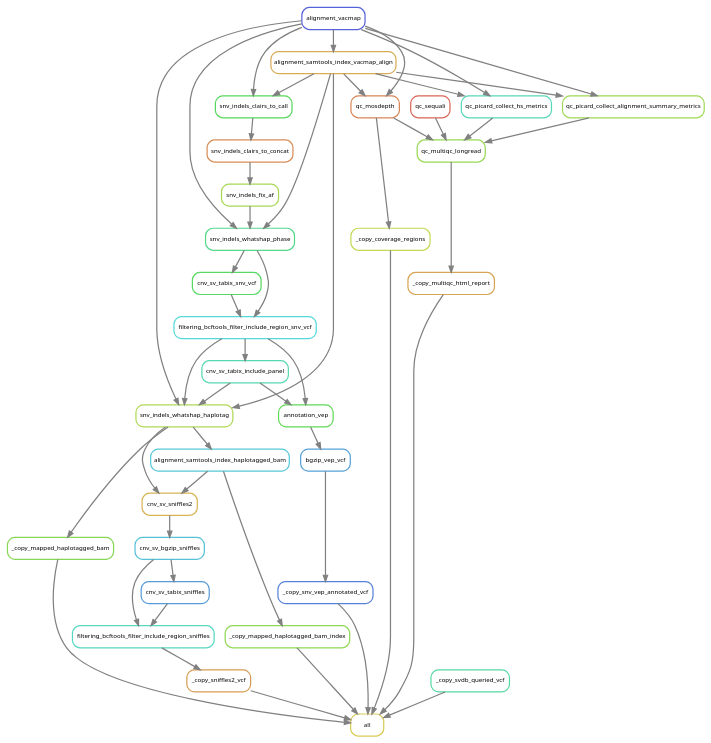
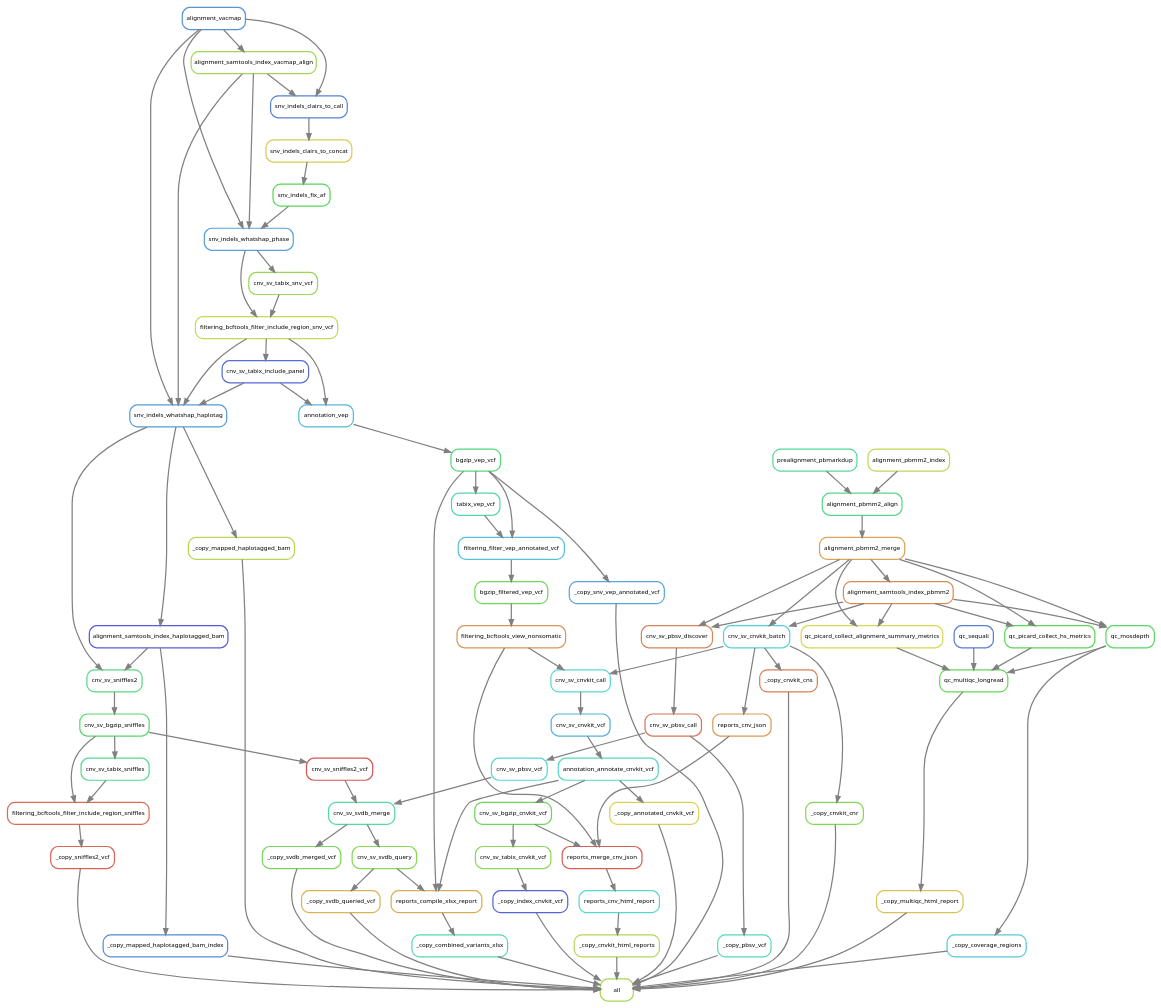
Before and after one commit to clinical-genomics-uppsala/TwiMM: the diagram in images/rulegraph_clairs.dot, drawn with Graphviz. The commit also changed 3 other files, not shown here.

```diff
--- a/images/rulegraph_clairs.dot
+++ b/images/rulegraph_clairs.dot
@@ -1,84 +1,167 @@
 digraph snakemake_dag {
     graph[bgcolor=white, margin=0];
     node[shape=box, style=rounded, fontname=sans,                 fontsize=10, penwidth=2];
     edge[penwidth=2, color=grey];
-	0[label = "all", color = "0.15 0.6 0.85", style="rounded"];
-	1[label = "_copy_snv_vep_annotated_vcf", color = "0.61 0.6 0.85", style="rounded"];
-	2[label = "bgzip_vep_vcf", color = "0.57 0.6 0.85", style="rounded"];
-	3[label = "annotation_vep", color = "0.32 0.6 0.85", style="rounded"];
-	4[label = "cnv_sv_tabix_include_panel", color = "0.45 0.6 0.85", style="rounded"];
-	5[label = "filtering_bcftools_filter_include_region_snv_vcf", color = "0.50 0.6 0.85", style="rounded"];
-	6[label = "snv_indels_whatshap_phase", color = "0.40 0.6 0.85", style="rounded"];
-	7[label = "snv_indels_fix_af", color = "0.23 0.6 0.85", style="rounded"];
-	8[label = "snv_indels_clairs_to_concat", color = "0.07 0.6 0.85", style="rounded"];
-	9[label = "snv_indels_clairs_to_call", color = "0.34 0.6 0.85", style="rounded"];
-	10[label = "alignment_vacmap", color = "0.65 0.6 0.85", style="rounded"];
-	11[label = "alignment_samtools_index_vacmap_align", color = "0.11 0.6 0.85", style="rounded"];
-	12[label = "cnv_sv_tabix_snv_vcf", color = "0.35 0.6 0.85", style="rounded"];
-	13[label = "_copy_sniffles2_vcf", color = "0.09 0.6 0.85", style="rounded"];
-	14[label = "filtering_bcftools_filter_include_region_sniffles", color = "0.47 0.6 0.85", style="rounded"];
-	15[label = "cnv_sv_bgzip_sniffles", color = "0.53 0.6 0.85", style="rounded"];
-	16[label = "cnv_sv_sniffles2", color = "0.12 0.6 0.85", style="rounded"];
-	17[label = "snv_indels_whatshap_haplotag", color = "0.22 0.6 0.85", style="rounded"];
-	18[label = "alignment_samtools_index_haplotagged_bam", color = "0.52 0.6 0.85", style="rounded"];
-	19[label = "cnv_sv_tabix_sniffles", color = "0.58 0.6 0.85", style="rounded"];
-	20[label = "_copy_mapped_haplotagged_bam", color = "0.27 0.6 0.85", style="rounded"];
-	21[label = "_copy_mapped_haplotagged_bam_index", color = "0.26 0.6 0.85", style="rounded"];
-	22[label = "_copy_multiqc_html_report", color = "0.10 0.6 0.85", style="rounded"];
-	23[label = "qc_multiqc_longread", color = "0.25 0.6 0.85", style="rounded"];
-	24[label = "qc_mosdepth", color = "0.06 0.6 0.85", style="rounded"];
-	25[label = "qc_sequali", color = "0.02 0.6 0.85", style="rounded"];
-	26[label = "qc_picard_collect_hs_metrics", color = "0.46 0.6 0.85", style="rounded"];
-	27[label = "qc_picard_collect_alignment_summary_metrics", color = "0.24 0.6 0.85", style="rounded"];
-	28[label = "_copy_coverage_regions", color = "0.19 0.6 0.85", style="rounded"];
-	29[label = "_copy_svdb_queried_vcf", color = "0.43 0.6 0.85", style="rounded"];
-	28 -> 0
+	0[label = "all", color = "0.23 0.6 0.85", style="rounded"];
+	1[label = "_copy_snv_vep_annotated_vcf", color = "0.56 0.6 0.85", style="rounded"];
+	2[label = "bgzip_vep_vcf", color = "0.38 0.6 0.85", style="rounded"];
+	3[label = "annotation_vep", color = "0.54 0.6 0.85", style="rounded"];
+	4[label = "cnv_sv_tabix_include_panel", color = "0.64 0.6 0.85", style="rounded"];
+	5[label = "filtering_bcftools_filter_include_region_snv_vcf", color = "0.19 0.6 0.85", style="rounded"];
+	6[label = "snv_indels_whatshap_phase", color = "0.57 0.6 0.85", style="rounded"];
+	7[label = "snv_indels_fix_af", color = "0.34 0.6 0.85", style="rounded"];
+	8[label = "snv_indels_clairs_to_concat", color = "0.15 0.6 0.85", style="rounded"];
+	9[label = "snv_indels_clairs_to_call", color = "0.61 0.6 0.85", style="rounded"];
+	10[label = "alignment_vacmap", color = "0.59 0.6 0.85", style="rounded"];
+	11[label = "alignment_samtools_index_vacmap_align", color = "0.24 0.6 0.85", style="rounded"];
+	12[label = "cnv_sv_tabix_snv_vcf", color = "0.25 0.6 0.85", style="rounded"];
+	13[label = "_copy_sniffles2_vcf", color = "0.02 0.6 0.85", style="rounded"];
+	14[label = "filtering_bcftools_filter_include_region_sniffles", color = "0.03 0.6 0.85", style="rounded"];
+	15[label = "cnv_sv_bgzip_sniffles", color = "0.36 0.6 0.85", style="rounded"];
+	16[label = "cnv_sv_sniffles2", color = "0.39 0.6 0.85", style="rounded"];
+	17[label = "snv_indels_whatshap_haplotag", color = "0.58 0.6 0.85", style="rounded"];
+	18[label = "alignment_samtools_index_haplotagged_bam", color = "0.66 0.6 0.85", style="rounded"];
+	19[label = "cnv_sv_tabix_sniffles", color = "0.41 0.6 0.85", style="rounded"];
+	20[label = "_copy_cnvkit_html_reports", color = "0.22 0.6 0.85", style="rounded"];
+	21[label = "reports_cnv_html_report", color = "0.48 0.6 0.85", style="rounded"];
+	22[label = "reports_merge_cnv_json", color = "0.01 0.6 0.85", style="rounded"];
+	23[label = "reports_cnv_json", color = "0.09 0.6 0.85", style="rounded"];
+	24[label = "cnv_sv_cnvkit_batch", color = "0.51 0.6 0.85", style="rounded"];
+	25[label = "alignment_pbmm2_merge", color = "0.10 0.6 0.85", style="rounded"];
+	26[label = "alignment_pbmm2_align", color = "0.40 0.6 0.85", style="rounded"];
+	27[label = "prealignment_pbmarkdup", color = "0.42 0.6 0.85", style="rounded"];
+	28[label = "alignment_pbmm2_index", color = "0.20 0.6 0.85", style="rounded"];
+	29[label = "alignment_samtools_index_pbmm2", color = "0.07 0.6 0.85", style="rounded"];
+	30[label = "filtering_bcftools_view_nonsomatic", color = "0.08 0.6 0.85", style="rounded"];
+	31[label = "bgzip_filtered_vep_vcf", color = "0.30 0.6 0.85", style="rounded"];
+	32[label = "filtering_filter_vep_annotated_vcf", color = "0.53 0.6 0.85", style="rounded"];
+	33[label = "tabix_vep_vcf", color = "0.44 0.6 0.85", style="rounded"];
+	34[label = "cnv_sv_bgzip_cnvkit_vcf", color = "0.31 0.6 0.85", style="rounded"];
+	35[label = "annotation_annotate_cnvkit_vcf", color = "0.47 0.6 0.85", style="rounded"];
+	36[label = "cnv_sv_cnvkit_vcf", color = "0.55 0.6 0.85", style="rounded"];
+	37[label = "cnv_sv_cnvkit_call", color = "0.49 0.6 0.85", style="rounded"];
+	38[label = "_copy_mapped_haplotagged_bam", color = "0.21 0.6 0.85", style="rounded"];
+	39[label = "_copy_mapped_haplotagged_bam_index", color = "0.60 0.6 0.85", style="rounded"];
+	40[label = "_copy_annotated_cnvkit_vcf", color = "0.16 0.6 0.85", style="rounded"];
+	41[label = "_copy_index_cnvkit_vcf", color = "0.65 0.6 0.85", style="rounded"];
+	42[label = "cnv_sv_tabix_cnvkit_vcf", color = "0.26 0.6 0.85", style="rounded"];
+	43[label = "_copy_cnvkit_cnr", color = "0.28 0.6 0.85", style="rounded"];
+	44[label = "_copy_cnvkit_cns", color = "0.05 0.6 0.85", style="rounded"];
+	45[label = "_copy_combined_variants_xlsx", color = "0.45 0.6 0.85", style="rounded"];
+	46[label = "reports_compile_xlsx_report", color = "0.11 0.6 0.85", style="rounded"];
+	47[label = "cnv_sv_svdb_query", color = "0.27 0.6 0.85", style="rounded"];
+	48[label = "cnv_sv_svdb_merge", color = "0.43 0.6 0.85", style="rounded"];
+	49[label = "cnv_sv_pbsv_vcf", color = "0.50 0.6 0.85", style="rounded"];
+	50[label = "cnv_sv_pbsv_call", color = "0.04 0.6 0.85", style="rounded"];
+	51[label = "cnv_sv_pbsv_discover", color = "0.06 0.6 0.85", style="rounded"];
+	52[label = "cnv_sv_sniffles2_vcf", color = "0.00 0.6 0.85", style="rounded"];
+	53[label = "_copy_multiqc_html_report", color = "0.14 0.6 0.85", style="rounded"];
+	54[label = "qc_multiqc_longread", color = "0.32 0.6 0.85", style="rounded"];
+	55[label = "qc_mosdepth", color = "0.35 0.6 0.85", style="rounded"];
+	56[label = "qc_sequali", color = "0.62 0.6 0.85", style="rounded"];
+	57[label = "qc_picard_collect_hs_metrics", color = "0.33 0.6 0.85", style="rounded"];
+	58[label = "qc_picard_collect_alignment_summary_metrics", color = "0.17 0.6 0.85", style="rounded"];
+	59[label = "_copy_coverage_regions", color = "0.52 0.6 0.85", style="rounded"];
+	60[label = "_copy_pbsv_vcf", color = "0.46 0.6 0.85", style="rounded"];
+	61[label = "_copy_svdb_merged_vcf", color = "0.29 0.6 0.85", style="rounded"];
+	62[label = "_copy_svdb_queried_vcf", color = "0.12 0.6 0.85", style="rounded"];
+	40 -> 0
+	1 -> 0
+	38 -> 0
+	20 -> 0
 	13 -> 0
-	22 -> 0
-	1 -> 0
-	21 -> 0
-	20 -> 0
-	29 -> 0
+	62 -> 0
+	45 -> 0
+	43 -> 0
+	61 -> 0
+	60 -> 0
+	39 -> 0
+	44 -> 0
+	53 -> 0
+	59 -> 0
+	41 -> 0
 	2 -> 1
 	3 -> 2
+	5 -> 3
 	4 -> 3
-	5 -> 3
 	5 -> 4
 	12 -> 5
 	6 -> 5
 	7 -> 6
 	10 -> 6
 	11 -> 6
 	8 -> 7
 	9 -> 8
 	10 -> 9
 	11 -> 9
 	10 -> 11
 	6 -> 12
 	14 -> 13
 	15 -> 14
 	19 -> 14
 	16 -> 15
+	17 -> 16
 	18 -> 16
-	17 -> 16
+	10 -> 17
+	5 -> 17
 	4 -> 17
-	10 -> 17
 	11 -> 17
-	5 -> 17
 	17 -> 18
 	15 -> 19
-	17 -> 20
-	18 -> 21
+	21 -> 20
+	22 -> 21
+	34 -> 22
+	30 -> 22
 	23 -> 22
-	25 -> 23
-	26 -> 23
 	24 -> 23
-	27 -> 23
-	10 -> 24
-	11 -> 24
-	10 -> 26
-	11 -> 26
-	10 -> 27
-	11 -> 27
-	24 -> 28
+	25 -> 24
+	29 -> 24
+	26 -> 25
+	27 -> 26
+	28 -> 26
+	25 -> 29
+	31 -> 30
+	32 -> 31
+	33 -> 32
+	2 -> 32
+	2 -> 33
+	35 -> 34
+	36 -> 35
+	37 -> 36
+	24 -> 37
+	30 -> 37
+	17 -> 38
+	18 -> 39
+	35 -> 40
+	42 -> 41
+	34 -> 42
+	24 -> 43
+	24 -> 44
+	46 -> 45
+	2 -> 46
+	47 -> 46
+	35 -> 46
+	48 -> 47
+	49 -> 48
+	52 -> 48
+	50 -> 49
+	51 -> 50
+	25 -> 51
+	29 -> 51
+	15 -> 52
+	54 -> 53
+	58 -> 54
+	55 -> 54
+	56 -> 54
+	57 -> 54
+	25 -> 55
+	29 -> 55
+	25 -> 57
+	29 -> 57
+	25 -> 58
+	29 -> 58
+	55 -> 59
+	50 -> 60
+	48 -> 61
+	47 -> 62
 }            
```
